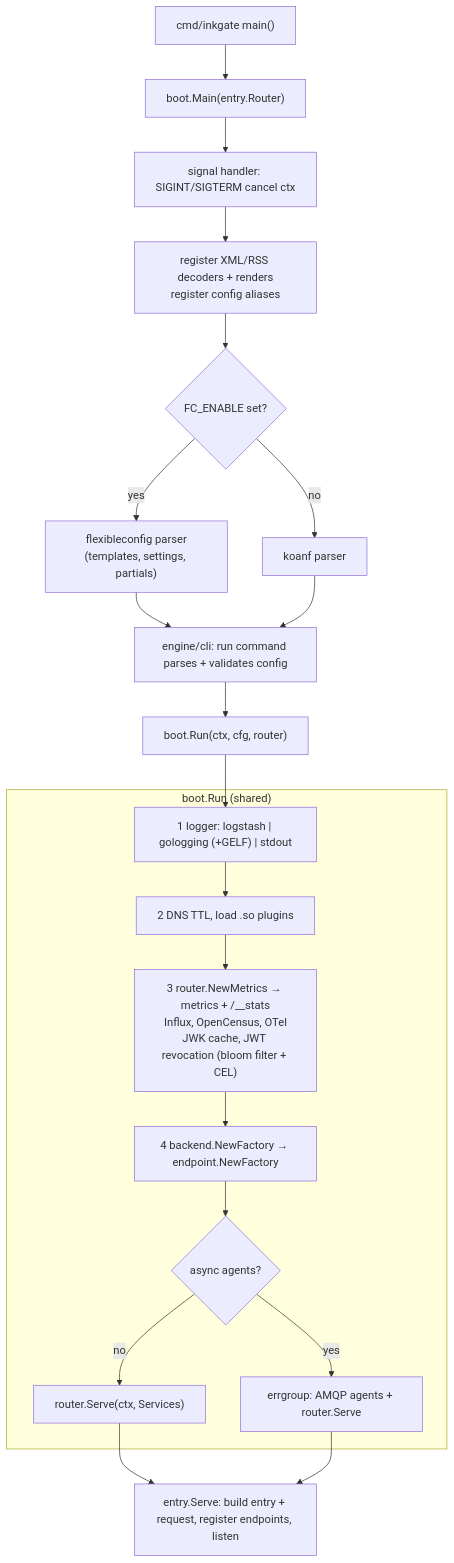
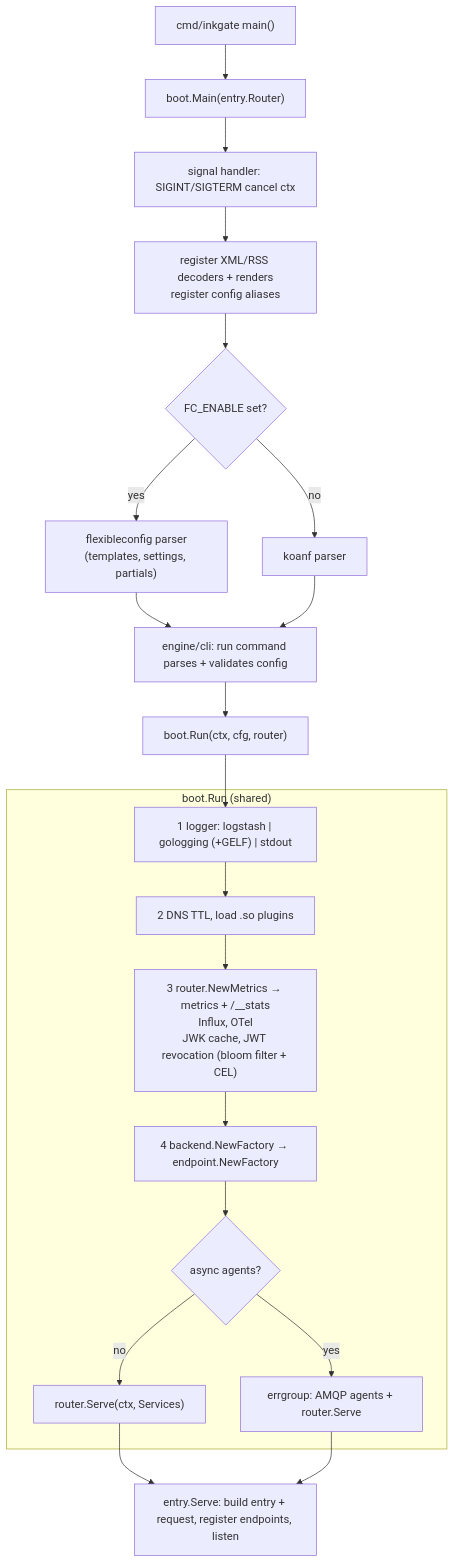
Before and after one commit to 9edang/inkgate: the diagram in docs/overview/startup.md, drawn with Mermaid. The commit also changed 72 other files, not shown here.

First line of the commit message:
dependencies: drop OpenCensus and op/go-logging, AWS SDK v2, go-jose v4

````diff
--- a/docs/overview/startup.md
+++ b/docs/overview/startup.md
@@ -5,24 +5,24 @@
 ```mermaid
 flowchart TD
     A["cmd/inkgate main()"] --> M["boot.Main(entry.Router)"]
     M --> B["signal handler: SIGINT/SIGTERM cancel ctx"]
     B --> C["register XML/RSS decoders + renders<br/>register config aliases"]
     C --> D{"FC_ENABLE set?"}
     D -- yes --> E["flexibleconfig parser<br/>(templates, settings, partials)"]
     D -- no --> F["koanf parser"]
     E --> G["engine/cli: run command parses + validates config"]
     F --> G
     G --> H["boot.Run(ctx, cfg, router)"]
 
     subgraph RUN ["boot.Run (shared)"]
       H1["1 logger: logstash | gologging (+GELF) | stdout"] --> H2["2 DNS TTL, load .so plugins"]
-      H2 --> H3["3 router.NewMetrics → metrics + /__stats<br/>Influx, OpenCensus, OTel<br/>JWK cache, JWT revocation (bloom filter + CEL)"]
+      H2 --> H3["3 router.NewMetrics → metrics + /__stats<br/>Influx, OTel<br/>JWK cache, JWT revocation (bloom filter + CEL)"]
       H3 --> H4["4 backend.NewFactory → endpoint.NewFactory"]
       H4 --> H5{"async agents?"}
       H5 -- no --> H6["router.Serve(ctx, Services)"]
       H5 -- yes --> H7["errgroup: AMQP agents + router.Serve"]
     end
     H --> H1
     H6 --> V["entry.Serve: build entry + request, register endpoints, listen"]
     H7 --> V
 ```
````
